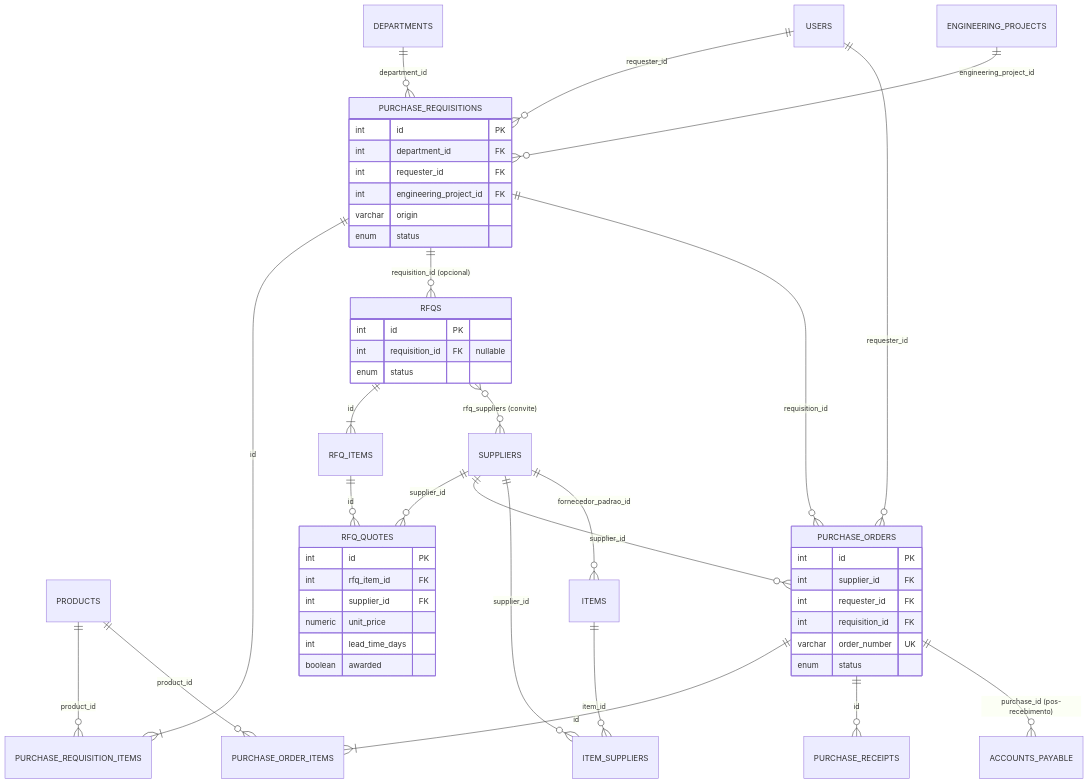
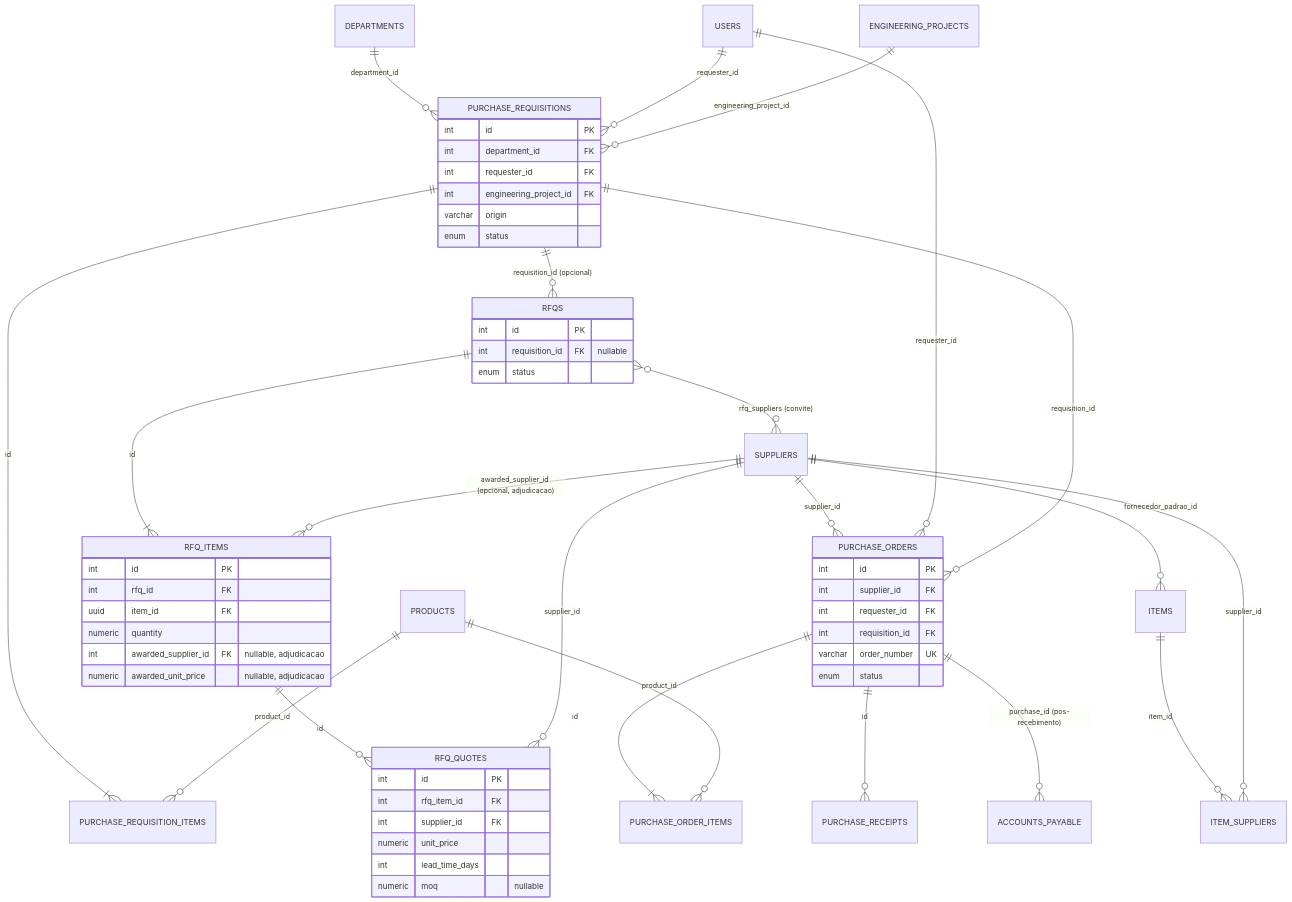
One commit to RomulosouzaEvok/ERP-EVOK-AUDIO-LTDA changed the first of 6 diagrams in docs/database/02-MODELO_LOGICO.md. Above: the diagram before and after it, drawn with Mermaid. The commit also changed other lines of this file and 62 other files, not shown here.

````diff
--- a/docs/database/02-MODELO_LOGICO.md
+++ b/docs/database/02-MODELO_LOGICO.md
@@ -20,56 +23,65 @@
 ```mermaid
 erDiagram
     DEPARTMENTS ||--o{ PURCHASE_REQUISITIONS : "department_id"
     USERS ||--o{ PURCHASE_REQUISITIONS : "requester_id"
     ENGINEERING_PROJECTS ||--o{ PURCHASE_REQUISITIONS : "engineering_project_id"
     PURCHASE_REQUISITIONS ||--|{ PURCHASE_REQUISITION_ITEMS : "id"
     PRODUCTS ||--o{ PURCHASE_REQUISITION_ITEMS : "product_id"
 
     PURCHASE_REQUISITIONS ||--o{ RFQS : "requisition_id (opcional)"
     RFQS ||--|{ RFQ_ITEMS : "id"
     RFQS }o--o{ SUPPLIERS : "rfq_suppliers (convite)"
     RFQ_ITEMS ||--o{ RFQ_QUOTES : "id"
     SUPPLIERS ||--o{ RFQ_QUOTES : "supplier_id"
+    SUPPLIERS ||--o{ RFQ_ITEMS : "awarded_supplier_id (opcional, adjudicacao)"
 
     SUPPLIERS ||--o{ PURCHASE_ORDERS : "supplier_id"
     USERS ||--o{ PURCHASE_ORDERS : "requester_id"
     PURCHASE_REQUISITIONS ||--o{ PURCHASE_ORDERS : "requisition_id"
     PURCHASE_ORDERS ||--|{ PURCHASE_ORDER_ITEMS : "id"
     PRODUCTS ||--o{ PURCHASE_ORDER_ITEMS : "product_id"
     PURCHASE_ORDERS ||--o{ PURCHASE_RECEIPTS : "id"
     PURCHASE_ORDERS ||--o{ ACCOUNTS_PAYABLE : "purchase_id (pos-recebimento)"
 
     ITEMS ||--o{ ITEM_SUPPLIERS : "item_id"
     SUPPLIERS ||--o{ ITEM_SUPPLIERS : "supplier_id"
     SUPPLIERS ||--o{ ITEMS : "fornecedor_padrao_id"
 
     PURCHASE_REQUISITIONS {
         int id PK
         int department_id FK
         int requester_id FK
         int engineering_project_id FK
         varchar origin
         enum status
     }
     RFQS {
         int id PK
         int requisition_id FK "nullable"
         enum status
     }
+    RFQ_ITEMS {
+        int id PK
+        int rfq_id FK
+        uuid item_id FK
+        numeric quantity
+        int awarded_supplier_id FK "nullable, adjudicacao"
+        numeric awarded_unit_price "nullable, adjudicacao"
+    }
     RFQ_QUOTES {
         int id PK
         int rfq_item_id FK
         int supplier_id FK
         numeric unit_price
         int lead_time_days
-        boolean awarded
+        numeric moq "nullable"
     }
     PURCHASE_ORDERS {
         int id PK
         int supplier_id FK
         int requester_id FK
         int requisition_id FK
         varchar order_number UK
         enum status
     }
 ```
````
